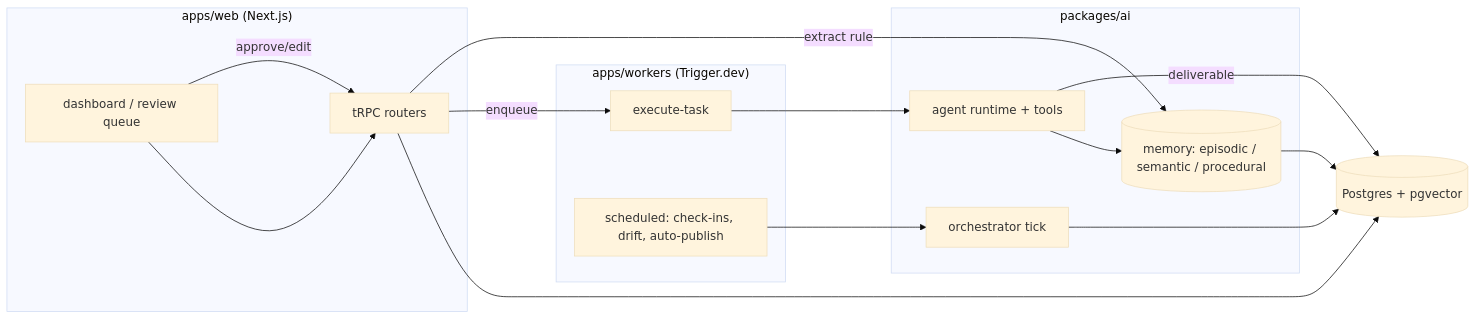
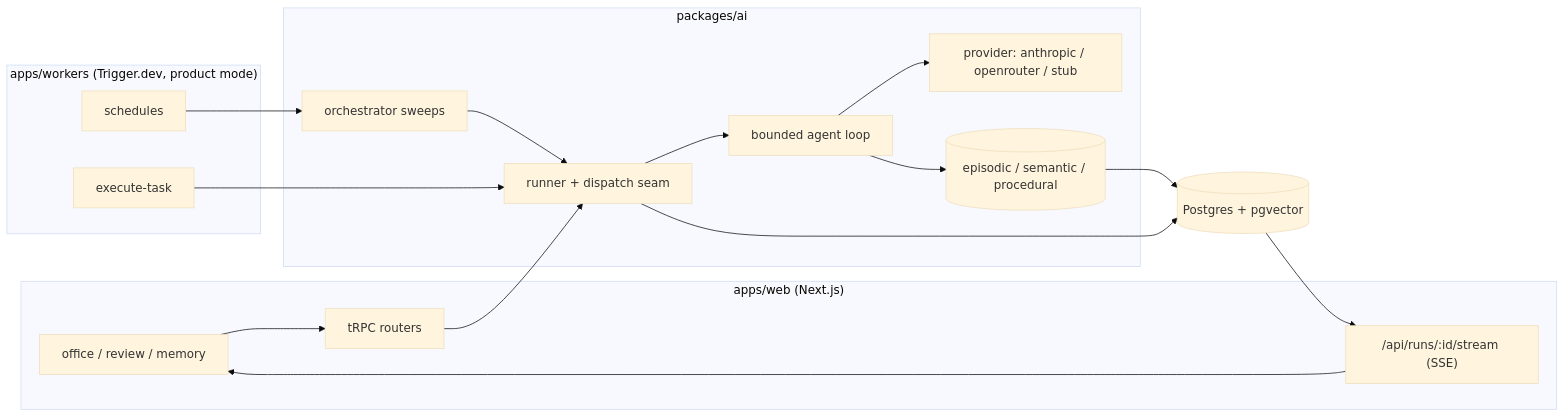
The diagram in README.md (advitrocks9/beast), drawn with Mermaid (base theme) before and after one commit. The commit also changed other lines of this file and 7 other files, not shown here.

````diff
--- a/README.md
+++ b/README.md
@@ -39,24 +64,27 @@
 ```mermaid
 flowchart LR
   subgraph web["apps/web (Next.js)"]
-    UI[dashboard / review queue]
+    UI[office / review / memory]
     TRPC[tRPC routers]
+    SSE["/api/runs/:id/stream (SSE)"]
   end
   subgraph ai["packages/ai"]
-    AGENT[agent runtime + tools]
-    MEM[(memory: episodic / semantic / procedural)]
-    ORCH[orchestrator tick]
+    RUNNER[runner + dispatch seam]
+    AGENT[bounded agent loop]
+    PROV[provider: anthropic / openrouter / stub]
+    MEM[(episodic / semantic / procedural)]
+    ORCH[orchestrator sweeps]
   end
-  subgraph workers["apps/workers (Trigger.dev)"]
+  subgraph workers["apps/workers (Trigger.dev, product mode)"]
     EXEC[execute-task]
-    CRON[scheduled: check-ins, drift, auto-publish]
+    CRON[schedules]
   end
   DB[(Postgres + pgvector)]
 
-  UI --> TRPC --> DB
-  TRPC -- enqueue --> EXEC
-  EXEC --> AGENT --> MEM --> DB
-  CRON --> ORCH --> DB
-  AGENT -- deliverable --> DB
-  UI -- approve/edit --> TRPC -- extract rule --> MEM
+  UI --> TRPC --> RUNNER
+  RUNNER --> AGENT --> PROV
+  AGENT --> MEM --> DB
+  RUNNER --> DB --> SSE --> UI
+  CRON --> ORCH --> RUNNER
+  EXEC --> RUNNER
 ```
````
